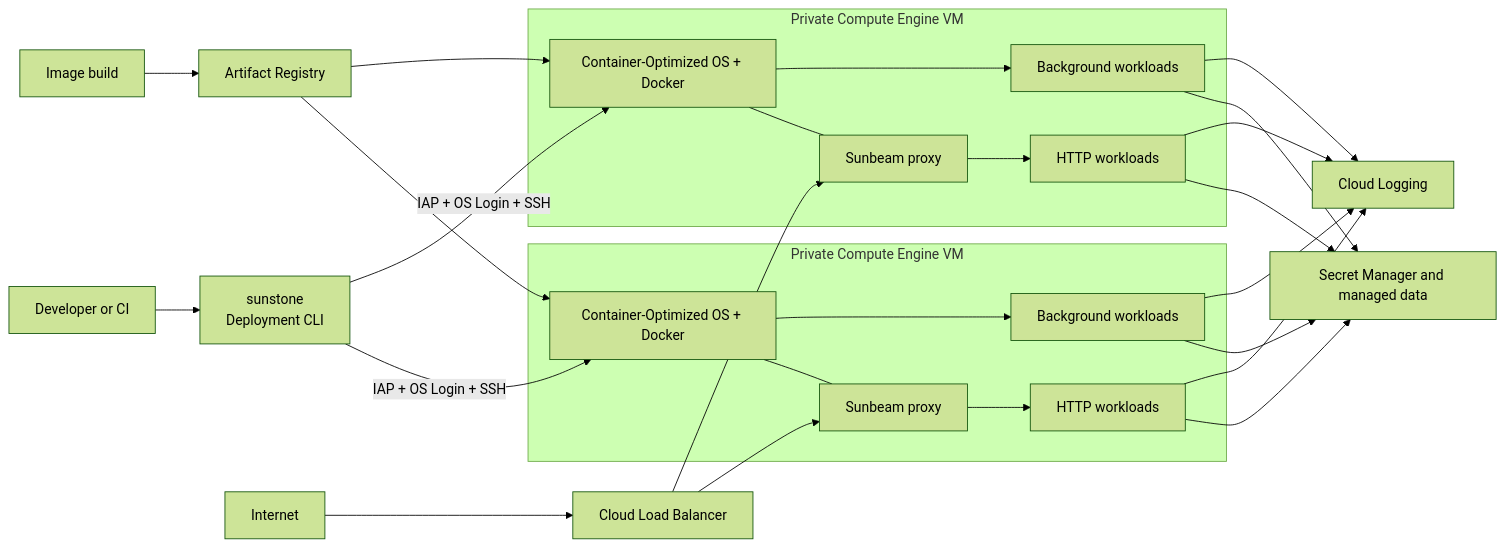
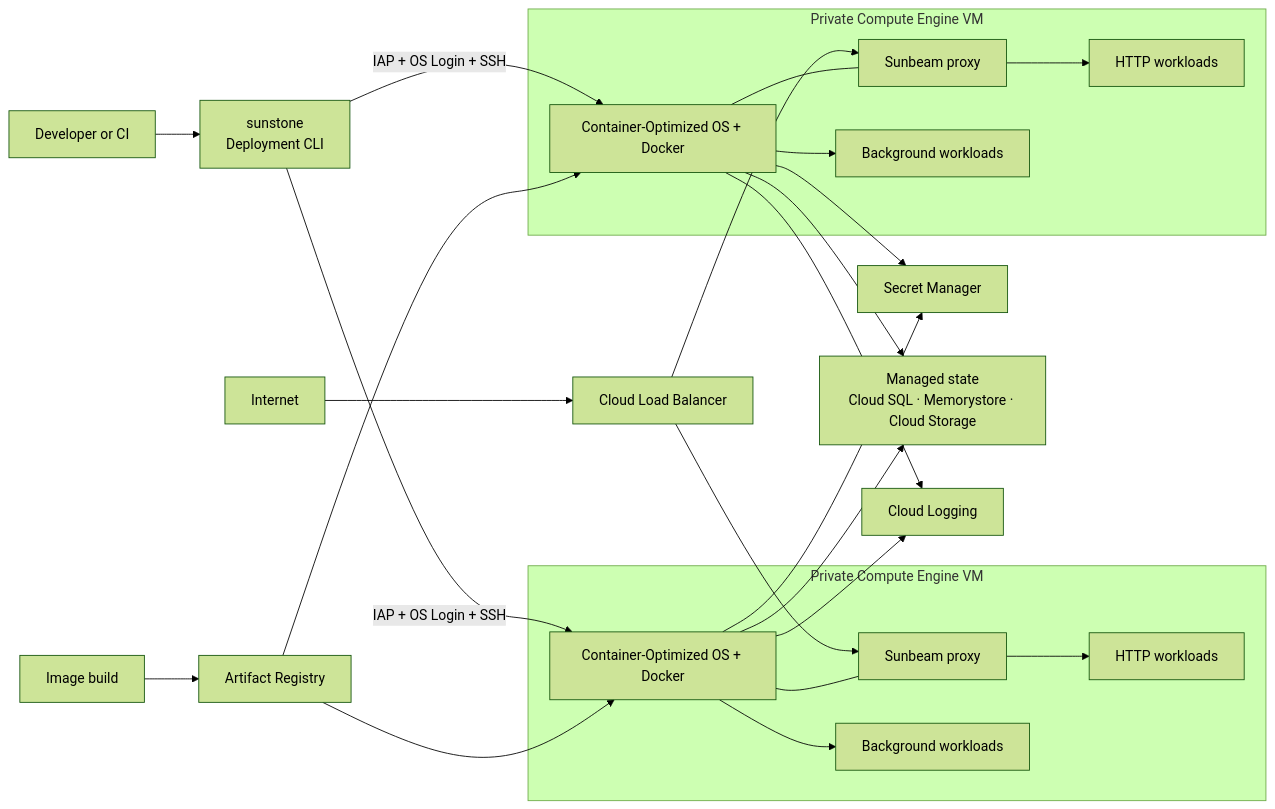
The diagram in README.md (goevery/sunstone), drawn with Mermaid (forest theme) before and after one commit. The commit also changed other lines of this file, not shown here.

Commit message:
docs: refine principles and architecture diagram

````diff
--- a/README.md
+++ b/README.md
@@ -21,36 +21,34 @@
 ```mermaid
 flowchart LR
     Operator[Developer or CI] --> Sunstone["sunstone<br/>Deployment CLI"]
     Build[Image build] --> Registry[Artifact Registry]
     Internet --> LB[Cloud Load Balancer]
 
     Sunstone -->|IAP + OS Login + SSH| Runtime1
     Sunstone -->|IAP + OS Login + SSH| Runtime2
     Registry --> Runtime1
     Registry --> Runtime2
     LB --> Proxy1
     LB --> Proxy2
 
     subgraph VM1[Private Compute Engine VM]
         Runtime1[Container-Optimized OS + Docker]
         Runtime1 --- Proxy1[Sunbeam proxy]
         Proxy1 --> HTTP1[HTTP workloads]
         Runtime1 --> Background1[Background workloads]
     end
 
     subgraph VM2[Private Compute Engine VM]
         Runtime2[Container-Optimized OS + Docker]
         Runtime2 --- Proxy2[Sunbeam proxy]
         Proxy2 --> HTTP2[HTTP workloads]
         Runtime2 --> Background2[Background workloads]
     end
 
-    HTTP1 --> Services[Secret Manager and managed data]
-    HTTP2 --> Services
-    Background1 --> Services
-    Background2 --> Services
-    HTTP1 --> Logs[Cloud Logging]
-    HTTP2 --> Logs
-    Background1 --> Logs
-    Background2 --> Logs
+    Runtime1 --> Secrets[Secret Manager]
+    Runtime2 --> Secrets
+    Runtime1 --> State["Managed state<br/>Cloud SQL · Memorystore · Cloud Storage"]
+    Runtime2 --> State
+    Runtime1 --> Logs[Cloud Logging]
+    Runtime2 --> Logs
 ```
````
